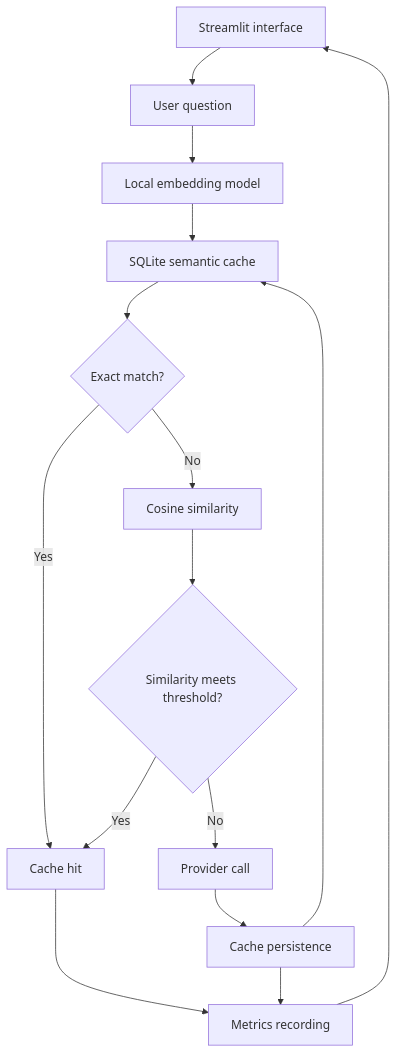
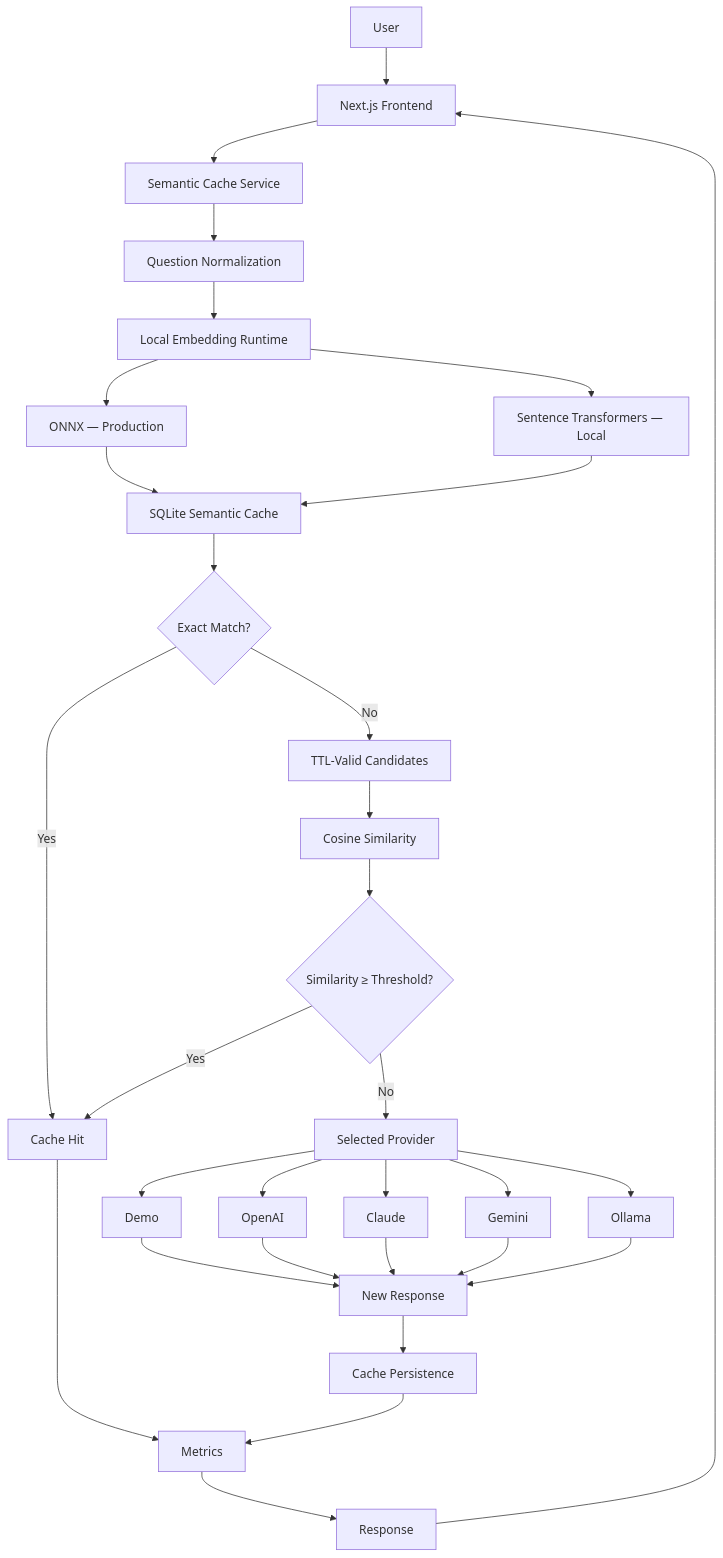
One commit to Azoqoz/Semantic-Cache-for-LLM-Apps changed the diagram in README.md. Above: the diagram before and after it, drawn with Mermaid. The commit also changed other lines of this file, not shown here.

````diff
--- a/README.md
+++ b/README.md
@@ -64,17 +145,46 @@
 ```mermaid
 flowchart TD
-    A[Streamlit interface] --> B[User question]
-    B --> C[Local embedding model]
-    C --> D[SQLite semantic cache]
-    D --> E{Exact match?}
-    E -- Yes --> H[Cache hit]
-    E -- No --> F[Cosine similarity]
-    F --> G{Similarity meets threshold?}
-    G -- Yes --> H
-    G -- No --> I[Provider call]
-    I --> J[Cache persistence]
-    J --> D
-    H --> K[Metrics recording]
-    J --> K
-    K --> A
+    A["User"] --> B["Next.js Frontend"]
+
+    B --> C["Semantic Cache Service"]
+
+    C --> D["Question Normalization"]
+    D --> E["Local Embedding Runtime"]
+
+    E --> E1["ONNX — Production"]
+    E --> E2["Sentence Transformers — Local"]
+
+    E1 --> F["SQLite Semantic Cache"]
+    E2 --> F
+
+    F --> G{"Exact Match?"}
+
+    G -->|Yes| H["Cache Hit"]
+    G -->|No| I["TTL-Valid Candidates"]
+
+    I --> J["Cosine Similarity"]
+    J --> K{"Similarity ≥ Threshold?"}
+
+    K -->|Yes| H
+    K -->|No| L["Selected Provider"]
+
+    L --> L1["Demo"]
+    L --> L2["OpenAI"]
+    L --> L3["Claude"]
+    L --> L4["Gemini"]
+    L --> L5["Ollama"]
+
+    L1 --> M["New Response"]
+    L2 --> M
+    L3 --> M
+    L4 --> M
+    L5 --> M
+
+    M --> N["Cache Persistence"]
+
+    H --> O["Metrics"]
+    N --> O
+
+    O --> P["Response"]
+    P --> B
 ```
````
